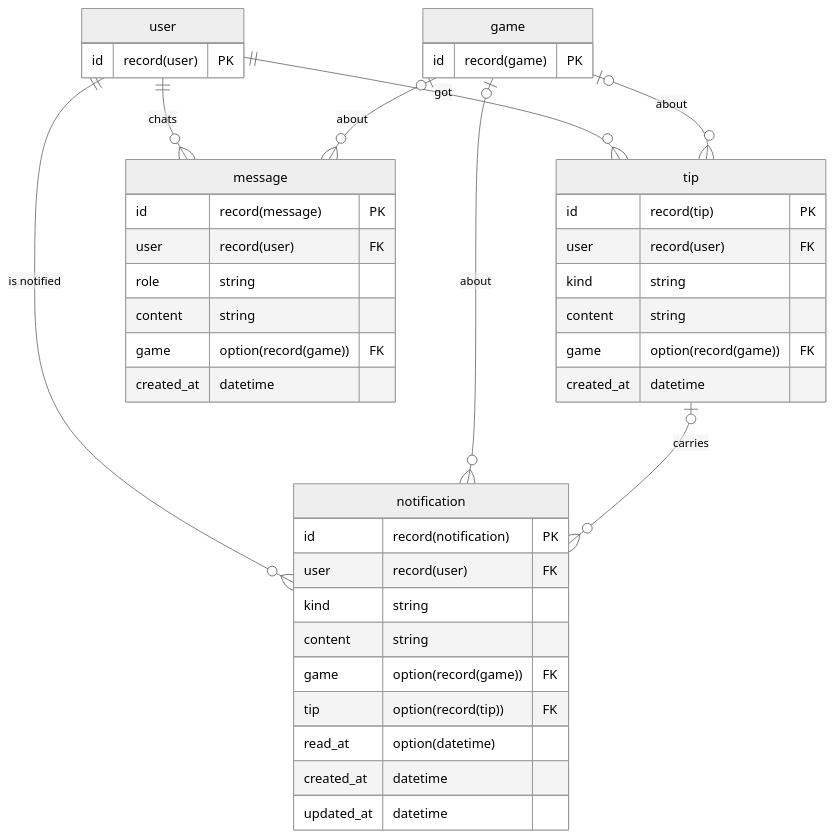
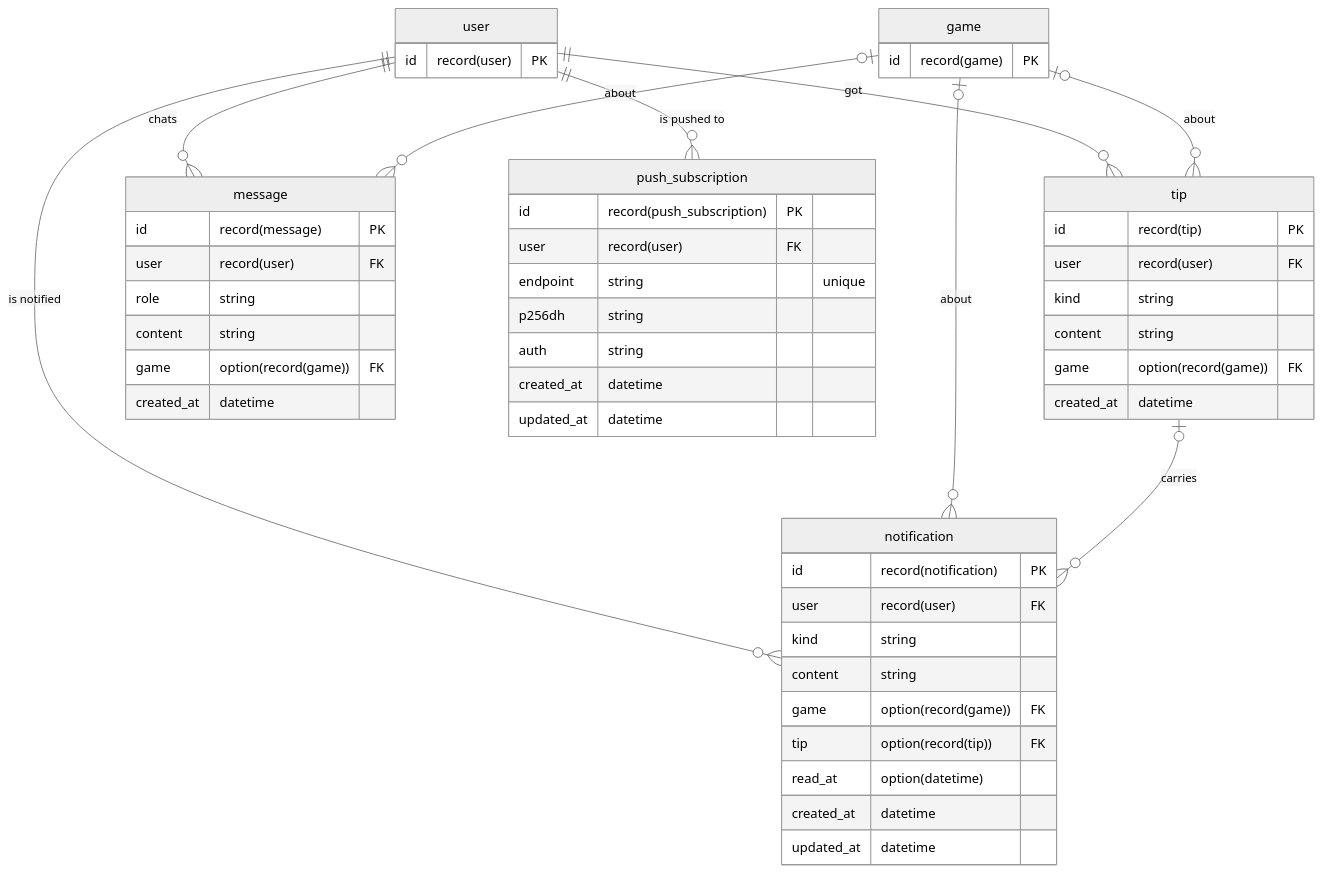
The third of 5 diagrams in docs/database.md (renatoaug/platjourney), drawn with Mermaid (neutral theme) before and after one commit. The commit also changed other lines of this file and 49 other files, not shown here.

````diff
--- a/docs/database.md
+++ b/docs/database.md
@@ -165,43 +166,53 @@
 ```mermaid
 erDiagram
     user ||--o{ tip : "got"
     game |o--o{ tip : "about"
     user ||--o{ message : "chats"
     game |o--o{ message : "about"
     user ||--o{ notification : "is notified"
     game |o--o{ notification : "about"
     tip |o--o{ notification : "carries"
+    user ||--o{ push_subscription : "is pushed to"
     tip {
         id record(tip) PK
         user record(user) FK
         kind string
         content string
         game option(record(game)) FK
         created_at datetime
     }
     message {
         id record(message) PK
         user record(user) FK
         role string
         content string
         game option(record(game)) FK
         created_at datetime
     }
     notification {
         id record(notification) PK
         user record(user) FK
         kind string
         content string
         game option(record(game)) FK
         tip option(record(tip)) FK
         read_at option(datetime)
         created_at datetime
         updated_at datetime
     }
+    push_subscription {
+        id record(push_subscription) PK
+        user record(user) FK
+        endpoint string "unique"
+        p256dh string
+        auth string
+        created_at datetime
+        updated_at datetime
+    }
     user {
         id record(user) PK
     }
     game {
         id record(game) PK
     }
 ```
````
